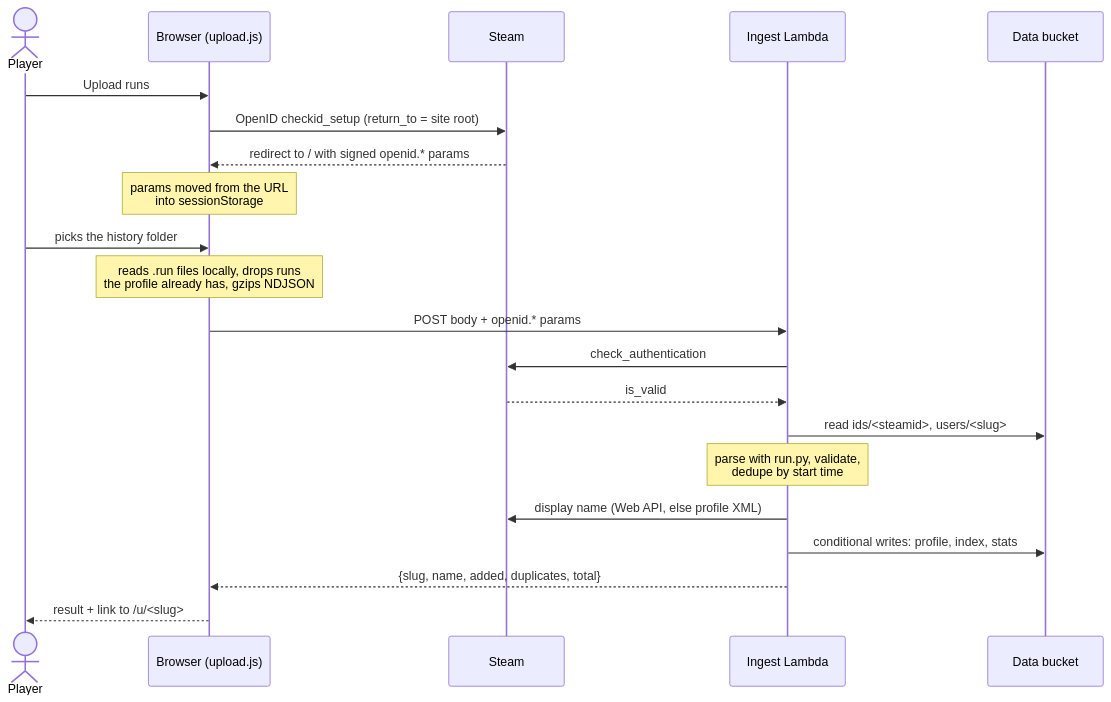
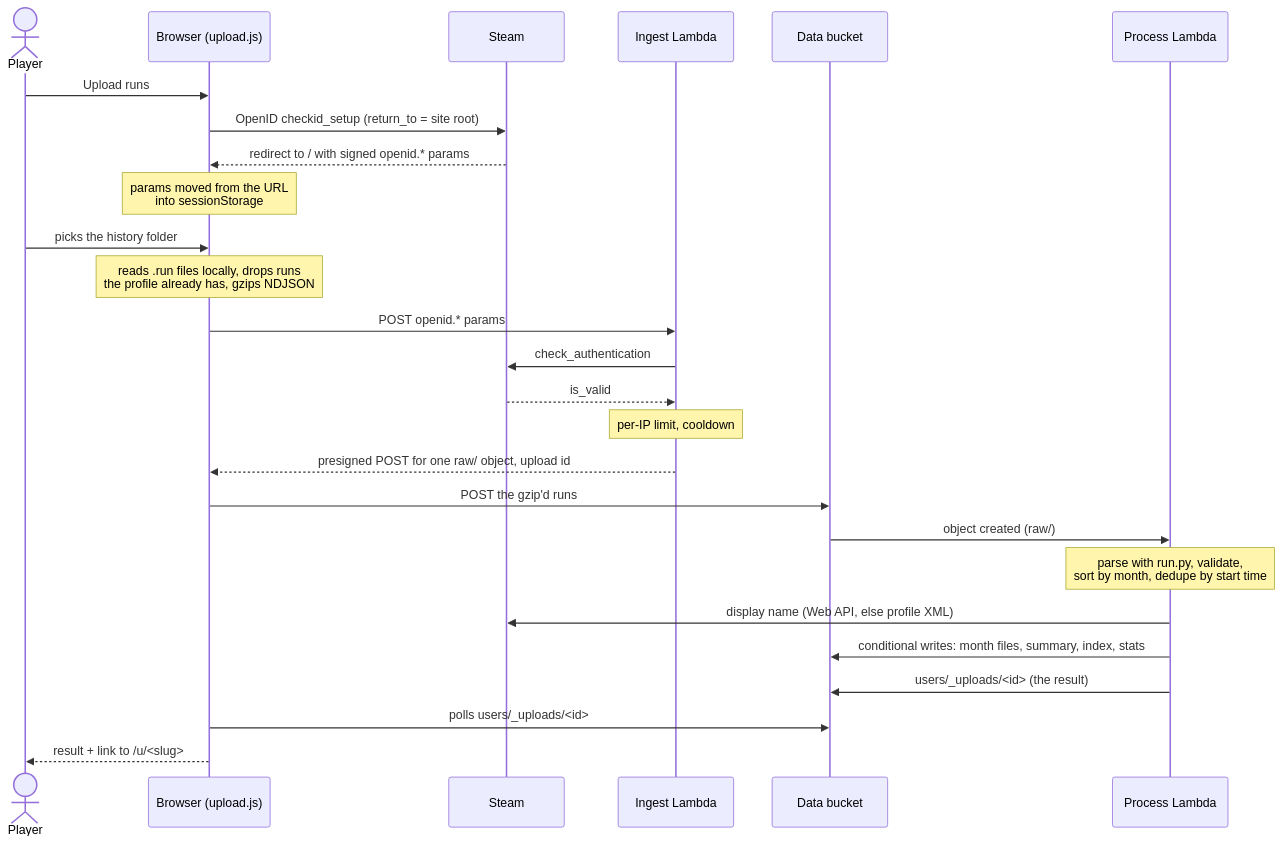
One commit to johnstonjesse329/slay-my-stats changed the third of 6 diagrams in README.md. Above: the diagram before and after it, drawn with Mermaid. The commit also changed other lines of this file and 13 other files, not shown here.

First line of the commit message:
Profiles: one file per month, a failure alert, and remove_profile

````diff
--- a/README.md
+++ b/README.md
@@ -252,24 +266,29 @@
 ```mermaid
 sequenceDiagram
     actor P as Player
     participant B as Browser (upload.js)
     participant S as Steam
     participant L as Ingest Lambda
     participant D as Data bucket
+    participant R as Process Lambda
 
     P->>B: Upload runs
     B->>S: OpenID checkid_setup (return_to = site root)
     S-->>B: redirect to / with signed openid.* params
     Note over B: params moved from the URL<br/>into sessionStorage
     P->>B: picks the history folder
     Note over B: reads .run files locally, drops runs<br/>the profile already has, gzips NDJSON
-    B->>L: POST body + openid.* params
+    B->>L: POST openid.* params
     L->>S: check_authentication
     S-->>L: is_valid
-    L->>D: read ids/<steamid>, users/<slug>
-    Note over L: parse with run.py, validate,<br/>dedupe by start time
-    L->>S: display name (Web API, else profile XML)
-    L->>D: conditional writes: profile, index, stats
-    L-->>B: {slug, name, added, duplicates, total}
+    Note over L: per-IP limit, cooldown
+    L-->>B: presigned POST for one raw/ object, upload id
+    B->>D: POST the gzip'd runs
+    D->>R: object created (raw/)
+    Note over R: parse with run.py, validate,<br/>sort by month, dedupe by start time
+    R->>S: display name (Web API, else profile XML)
+    R->>D: conditional writes: month files, summary, index, stats
+    R->>D: users/_uploads/<id> (the result)
+    B->>D: polls users/_uploads/<id>
     B-->>P: result + link to /u/<slug>
 ```
````
